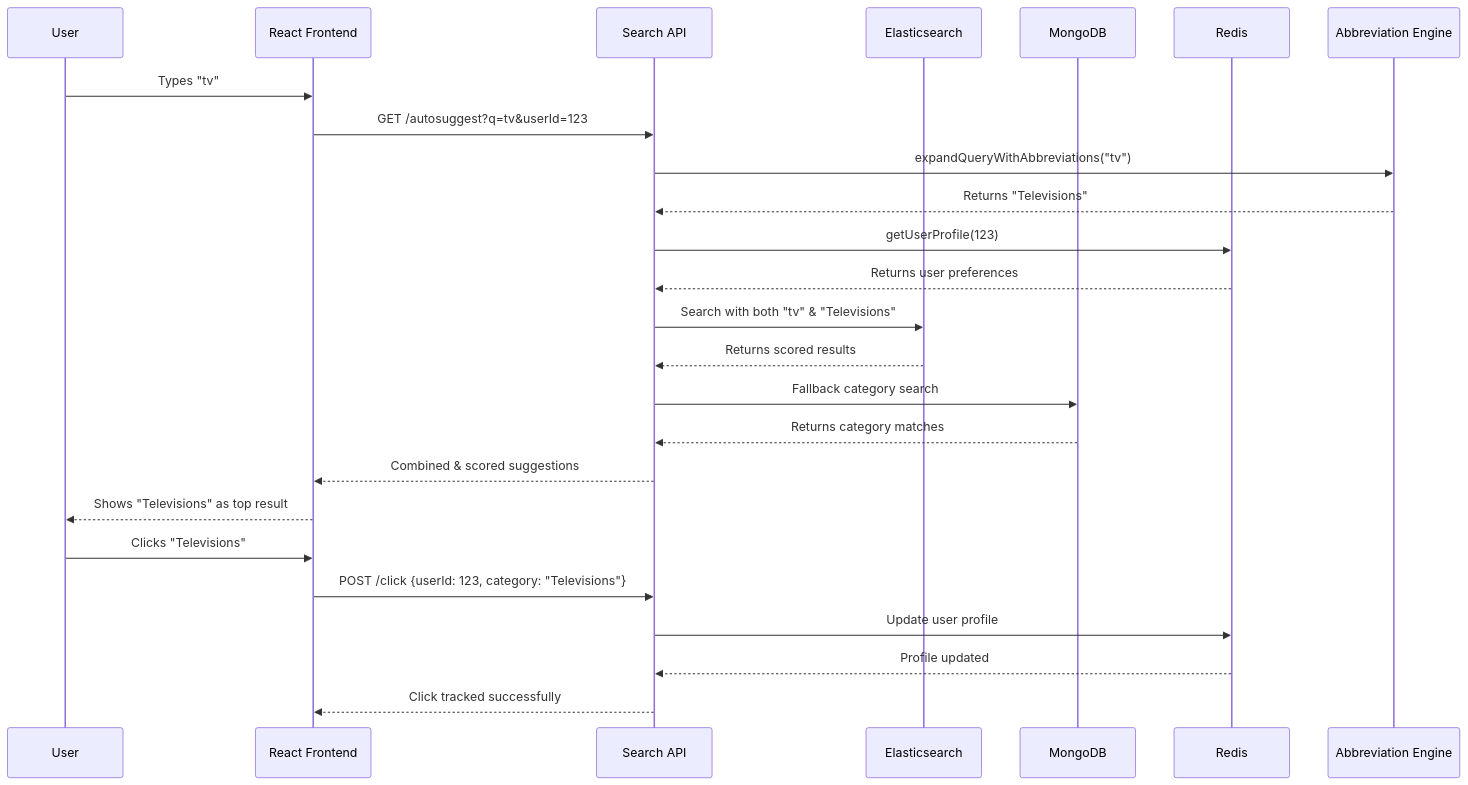
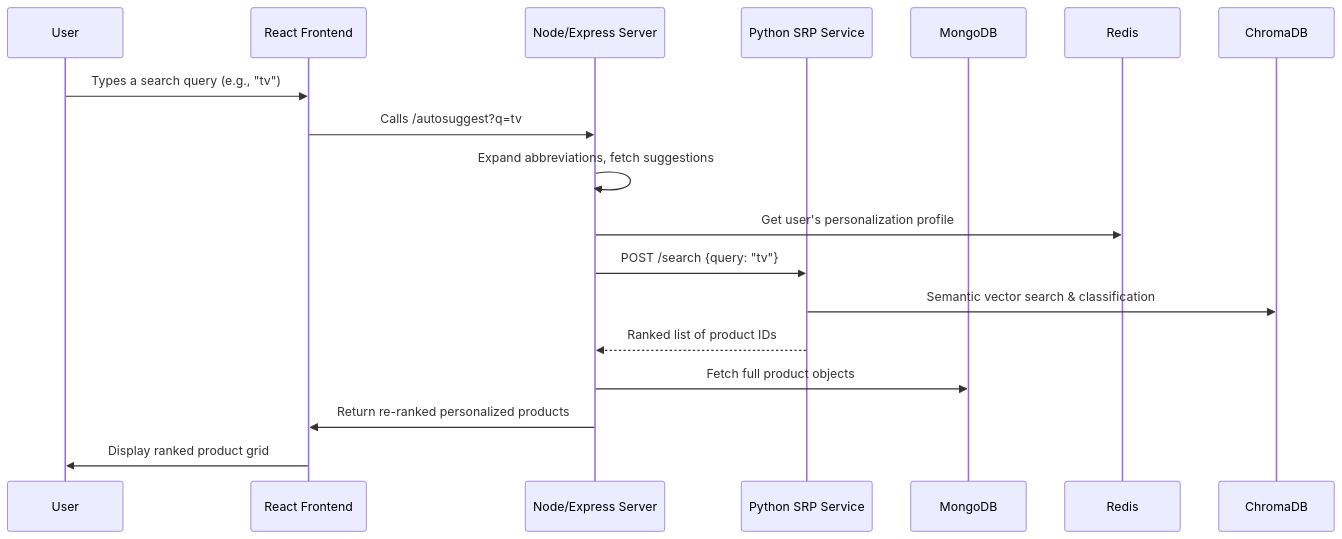
The second of 2 diagrams in README.md (Darkcaptain007/Grid-Flipkart), drawn with Mermaid before and after one commit. The commit also changed other lines of this file, not shown here.

````diff
--- a/README.md
+++ b/README.md
@@ -89,29 +28,19 @@
 ```mermaid
 sequenceDiagram
-    participant U as User
-    participant UI as React Frontend
-    participant API as Search API
-    participant ES as Elasticsearch
-    participant DB as MongoDB
-    participant R as Redis
-    participant AE as Abbreviation Engine
-
-    U->>UI: Types "tv"
-    UI->>API: GET /autosuggest?q=tv&userId=123
-    API->>AE: expandQueryWithAbbreviations("tv")
-    AE-->>API: Returns "Televisions"
-    API->>R: getUserProfile(123)
-    R-->>API: Returns user preferences
-    API->>ES: Search with both "tv" & "Televisions"
-    ES-->>API: Returns scored results
-    API->>DB: Fallback category search
-    DB-->>API: Returns category matches
-    API-->>UI: Combined & scored suggestions
-    UI-->>U: Shows "Televisions" as top result
-
-    U->>UI: Clicks "Televisions"
-    UI->>API: POST /click {userId: 123, category: "Televisions"}
-    API->>R: Update user profile
-    R-->>API: Profile updated
-    API-->>UI: Click tracked successfully
+participant U as User
+participant UI as React Frontend
+participant API as Node/Express Server
+participant SRP as Python SRP Service
+participant DB as MongoDB
+participant REDIS as Redis
+U->>UI: Types a search query (e.g., "tv")
+UI->>API: Calls /autosuggest?q=tv
+API->>API: Expand abbreviations, fetch suggestions
+API->>REDIS: Get user's personalization profile
+API->>SRP: POST /search {query: "tv"}
+SRP->>ChromaDB: Semantic vector search & classification
+SRP-->>API: Ranked list of product IDs
+API->>DB: Fetch full product objects
+API->>UI: Return re-ranked personalized products
+UI->>U: Display ranked product grid
 ```
````
